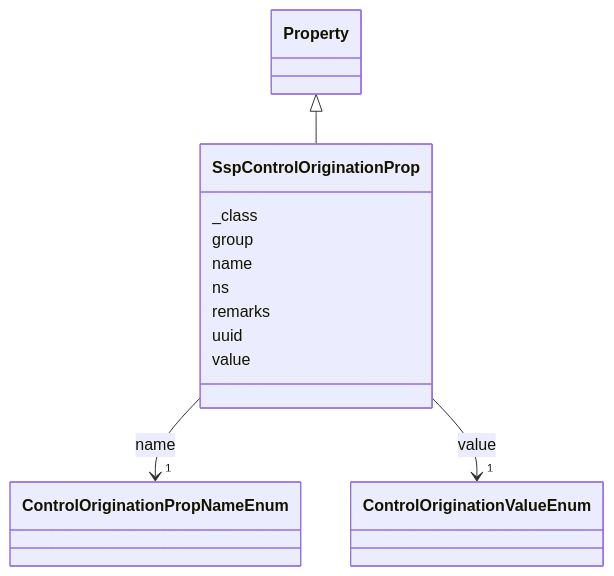
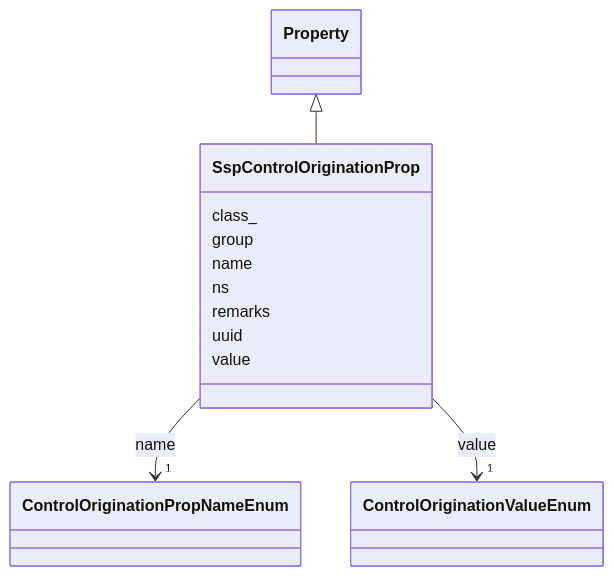
Before and after one commit to lmodel/oscal: the diagram in project/mermaid/SspControlOriginationProp.md, drawn with Mermaid. The commit also changed 434 other files, not shown here.

Commit message:
fix(schema): stamp the modules for 1.2.3 and regenerate extended outputs

````diff
--- a/project/mermaid/SspControlOriginationProp.md
+++ b/project/mermaid/SspControlOriginationProp.md
@@ -4,41 +4,41 @@
 ```mermaid
  classDiagram
     class SspControlOriginationProp
     click SspControlOriginationProp href "../SspControlOriginationProp"
       Property <|-- SspControlOriginationProp
         click Property href "../Property"
       
-      SspControlOriginationProp : _class
+      SspControlOriginationProp : class_
         
       SspControlOriginationProp : group
         
       SspControlOriginationProp : name
         
           
     
         
         
         SspControlOriginationProp --> "1" ControlOriginationPropNameEnum : name
         click ControlOriginationPropNameEnum href "../ControlOriginationPropNameEnum"
     
 
         
       SspControlOriginationProp : ns
         
       SspControlOriginationProp : remarks
         
       SspControlOriginationProp : uuid
         
       SspControlOriginationProp : value
         
           
     
         
         
         SspControlOriginationProp --> "1" ControlOriginationValueEnum : value
         click ControlOriginationValueEnum href "../ControlOriginationValueEnum"
     
 
         
       
 ```
````
